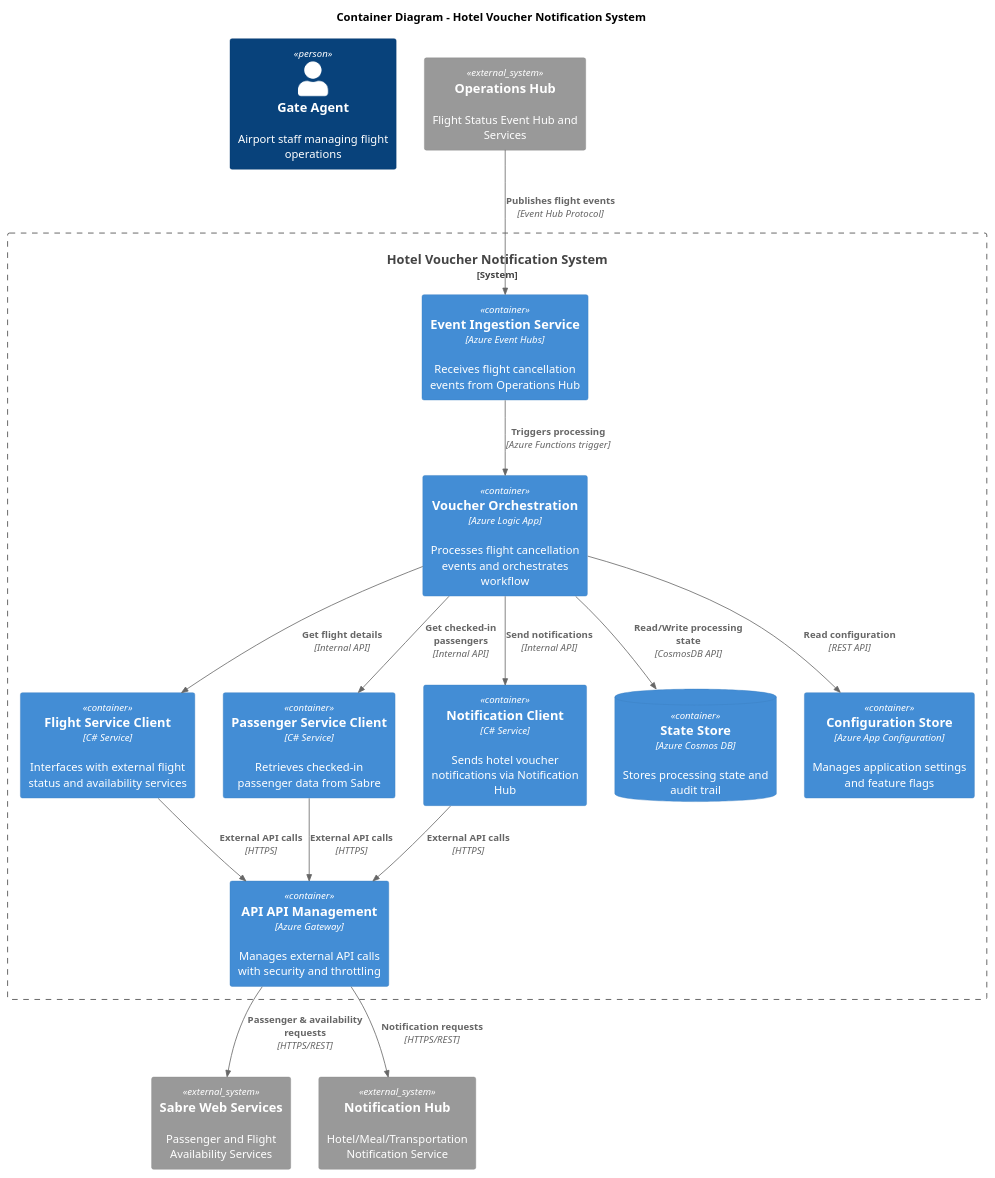
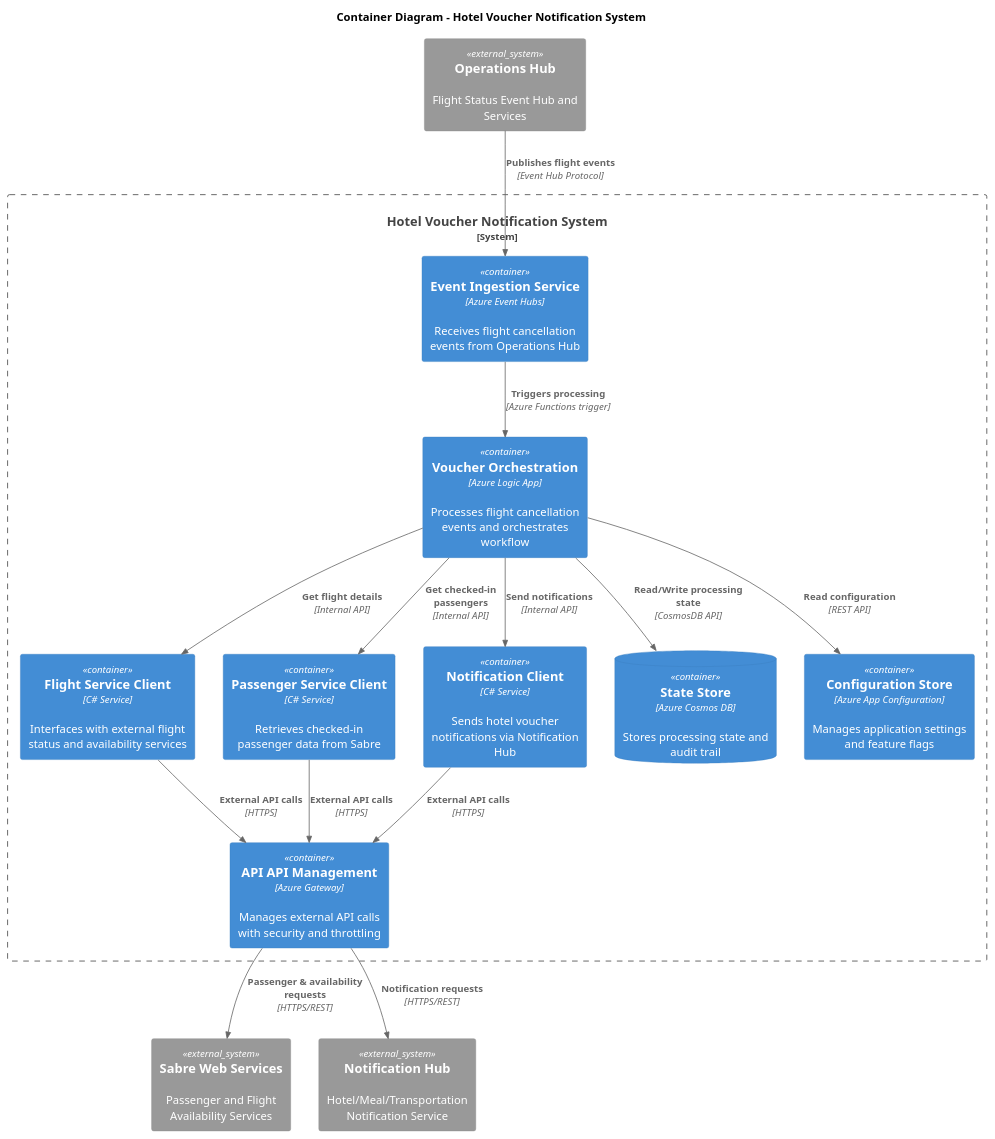
The diagram in Exercise3/diagrams/2-container.puml (reachnaveen/aa-gm-sa-interview), drawn with PlantUML before and after one commit. The commit also changed 4 other files, not shown here.

```diff
--- a/Exercise3/diagrams/2-container.puml
+++ b/Exercise3/diagrams/2-container.puml
@@ -1,42 +1,41 @@
 @startuml Container_Diagram
 !include https://raw.githubusercontent.com/plantuml-stdlib/C4-PlantUML/master/C4_Container.puml
 
 title Container Diagram - Hotel Voucher Notification System
 
-Person(gate_agent, "Gate Agent", "Airport staff managing flight operations")
 
 System_Boundary(hotel_system, "Hotel Voucher Notification System") {
     Container(event_ingestion, "Event Ingestion Service", "Azure Event Hubs", "Receives flight cancellation events from Operations Hub")
     Container(event_processor, "Voucher Orchestration", "Azure Logic App", "Processes flight cancellation events and orchestrates workflow")
     Container(flight_service_client, "Flight Service Client", "C# Service", "Interfaces with external flight status and availability services")
     Container(passenger_service_client, "Passenger Service Client", "C# Service", "Retrieves checked-in passenger data from Sabre")
     Container(notification_client, "Notification Client", "C# Service", "Sends hotel voucher notifications via Notification Hub")
     Container(api_gateway_internal, "API API Management", "Azure Gateway", "Manages external API calls with security and throttling")
     ContainerDb(state_store, "State Store", "Azure Cosmos DB", "Stores processing state and audit trail")
     Container(config_store, "Configuration Store", "Azure App Configuration", "Manages application settings and feature flags")
 }
 
 System_Ext(operations_hub, "Operations Hub", "Flight Status Event Hub and Services")
 System_Ext(sabre_services, "Sabre Web Services", "Passenger and Flight Availability Services")
 System_Ext(notification_hub, "Notification Hub", "Hotel/Meal/Transportation Notification Service")
 
 ' Main flow
 Rel(operations_hub, event_ingestion, "Publishes flight events", "Event Hub Protocol")
 Rel(event_ingestion, event_processor, "Triggers processing", "Azure Functions trigger")
 Rel(event_processor, flight_service_client, "Get flight details", "Internal API")
 Rel(event_processor, passenger_service_client, "Get checked-in passengers", "Internal API")
 Rel(event_processor, notification_client, "Send notifications", "Internal API")
 
 ' External integrations
 Rel(flight_service_client, api_gateway_internal, "External API calls", "HTTPS")
 Rel(passenger_service_client, api_gateway_internal, "External API calls", "HTTPS")
 Rel(notification_client, api_gateway_internal, "External API calls", "HTTPS")
 
 Rel(api_gateway_internal, sabre_services, "Passenger & availability requests", "HTTPS/REST")
 Rel(api_gateway_internal, notification_hub, "Notification requests", "HTTPS/REST")
 
 ' Data and configuration
 Rel(event_processor, state_store, "Read/Write processing state", "CosmosDB API")
 Rel(event_processor, config_store, "Read configuration", "REST API")
 
 @enduml
```
